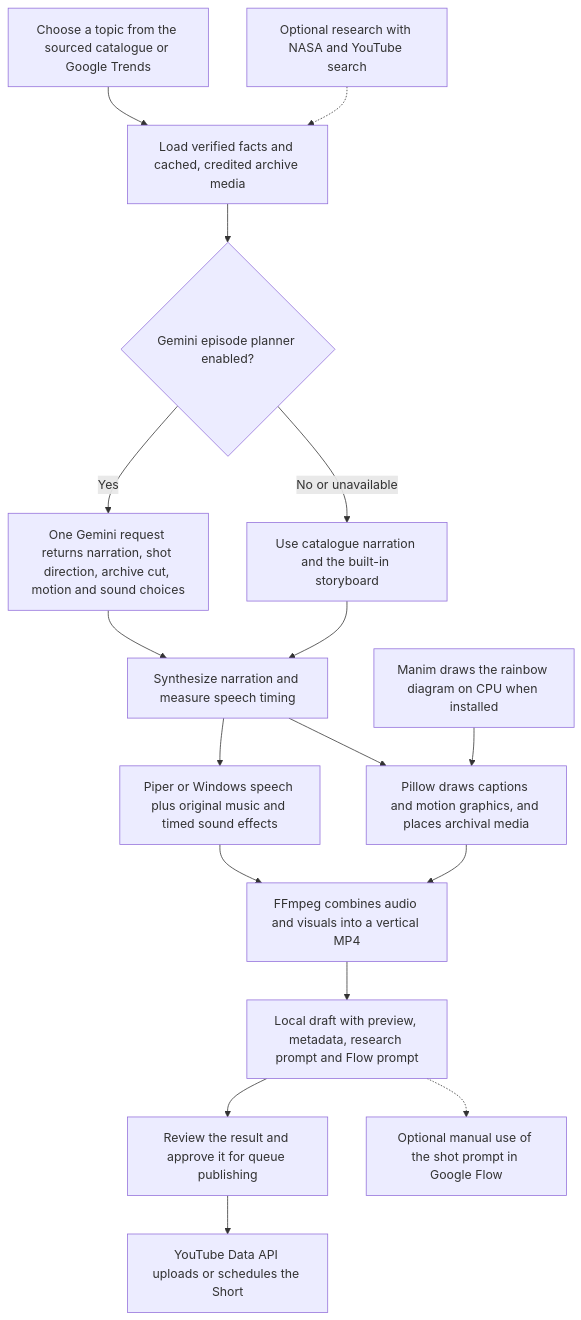
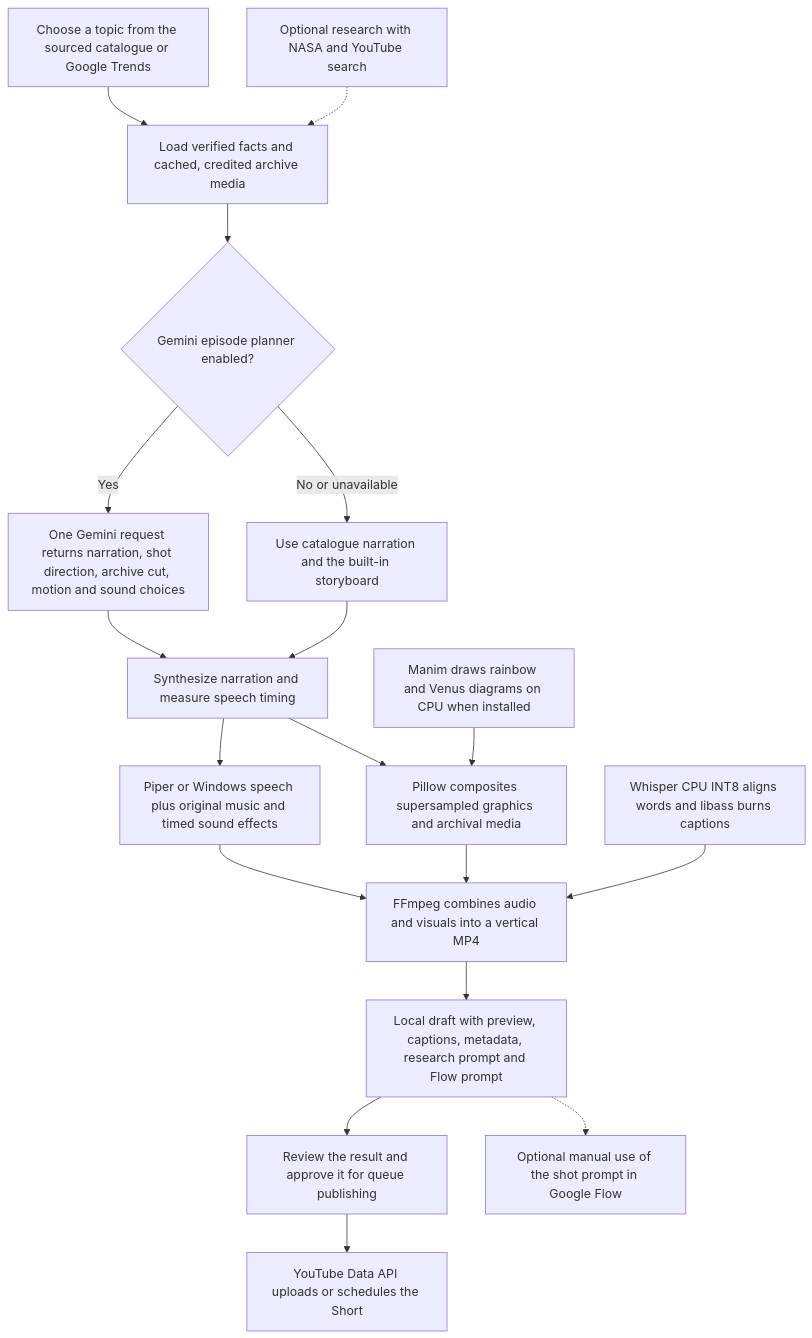
One commit to Anmolsarrafbest/auto-video-maker changed the diagram in README.md. Above: the diagram before and after it, drawn with Mermaid. The commit also changed other lines of this file and 15 other files, not shown here.

````diff
--- a/README.md
+++ b/README.md
@@ -5,19 +71,20 @@
 ```mermaid
 flowchart TD
     A["Choose a topic from the sourced catalogue or Google Trends"] --> B["Load verified facts and cached, credited archive media"]
     R["Optional research with NASA and YouTube search"] -.-> B
     B --> C{"Gemini episode planner enabled?"}
     C -->|Yes| D["One Gemini request returns narration, shot direction, archive cut, motion and sound choices"]
     C -->|No or unavailable| E["Use catalogue narration and the built-in storyboard"]
     D --> F["Synthesize narration and measure speech timing"]
     E --> F
     F --> G["Piper or Windows speech plus original music and timed sound effects"]
-    F --> H["Pillow draws captions and motion graphics, and places archival media"]
-    M["Manim draws the rainbow diagram on CPU when installed"] --> H
+    F --> H["Pillow composites supersampled graphics and archival media"]
+    M["Manim draws rainbow and Venus diagrams on CPU when installed"] --> H
     G --> I["FFmpeg combines audio and visuals into a vertical MP4"]
     H --> I
-    I --> J["Local draft with preview, metadata, research prompt and Flow prompt"]
+    W["Whisper CPU INT8 aligns words and libass burns captions"] --> I
+    I --> J["Local draft with preview, captions, metadata, research prompt and Flow prompt"]
     J --> K["Review the result and approve it for queue publishing"]
     K --> L["YouTube Data API uploads or schedules the Short"]
     J -.-> N["Optional manual use of the shot prompt in Google Flow"]
 ```
````
